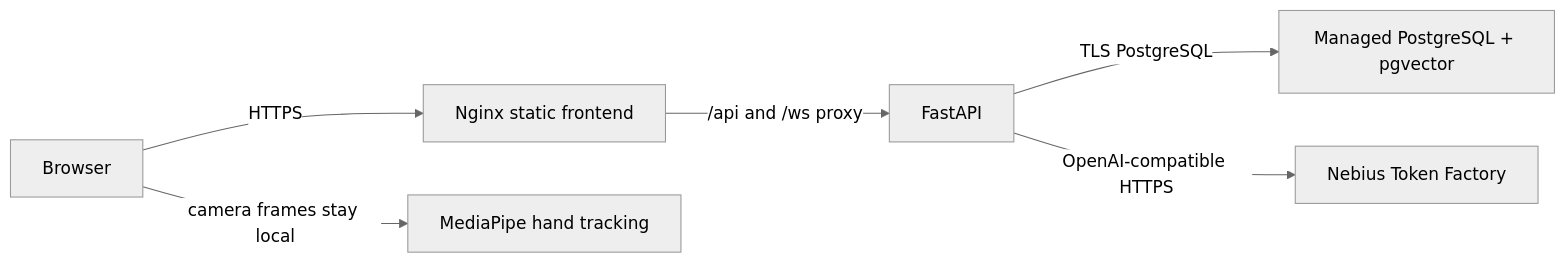
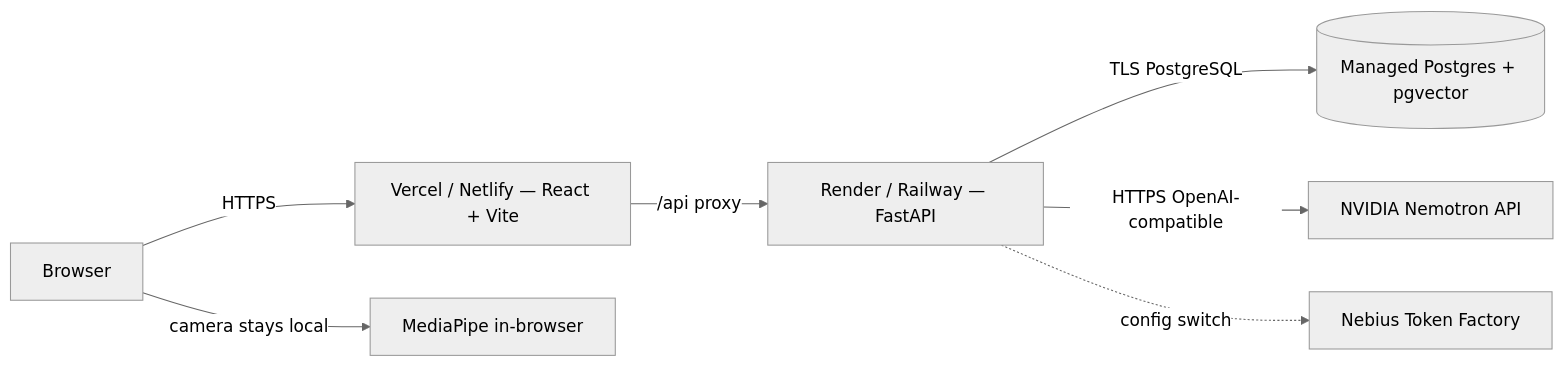
One commit to Chirag240105/orbit changed the diagram in docs/SUBMISSION.md. Above: the diagram before and after it, drawn with Mermaid (neutral theme). The commit also changed other lines of this file and 60 other files, not shown here.

````diff
--- a/docs/SUBMISSION.md
+++ b/docs/SUBMISSION.md
@@ -7,8 +82,9 @@
 ```mermaid
 flowchart LR
-  Browser -->|HTTPS| Frontend[Nginx static frontend]
-  Frontend -->|/api and /ws proxy| Backend[FastAPI]
-  Backend -->|TLS PostgreSQL| DB[Managed PostgreSQL + pgvector]
-  Backend -->|OpenAI-compatible HTTPS| TF[Nebius Token Factory]
-  Browser -->|camera frames stay local| Vision[MediaPipe hand tracking]
+  Browser -->|HTTPS| FE[Vercel / Netlify — React + Vite]
+  FE -->|/api proxy| BE[Render / Railway — FastAPI]
+  BE -->|TLS PostgreSQL| DB[(Managed Postgres + pgvector)]
+  BE -->|HTTPS OpenAI-compatible| NVIDIA[NVIDIA Nemotron API]
+  BE -.->|config switch| Nebius[Nebius Token Factory]
+  Browser -->|camera stays local| Vision[MediaPipe in-browser]
 ```
````
